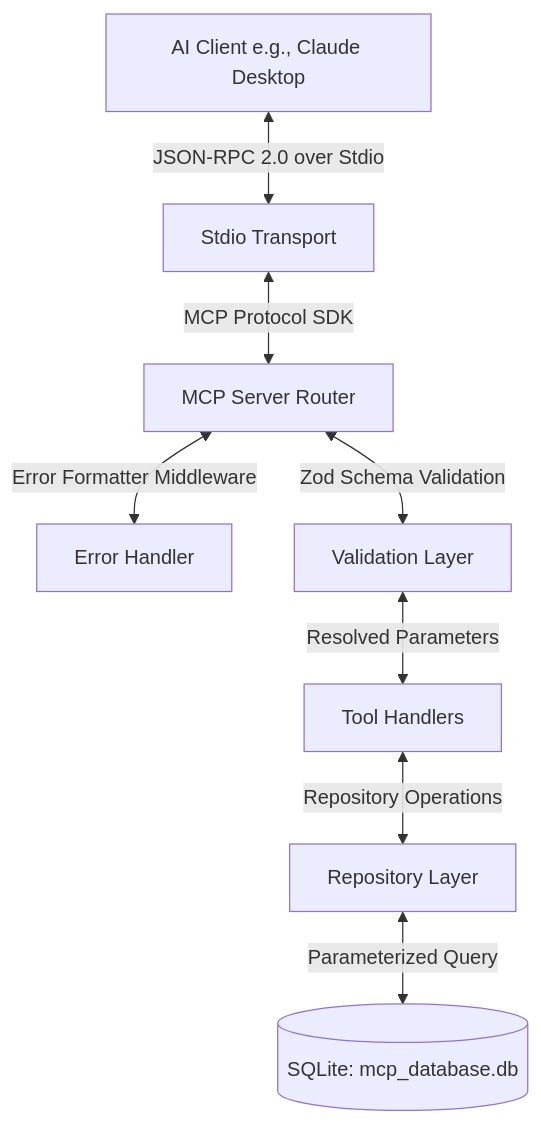
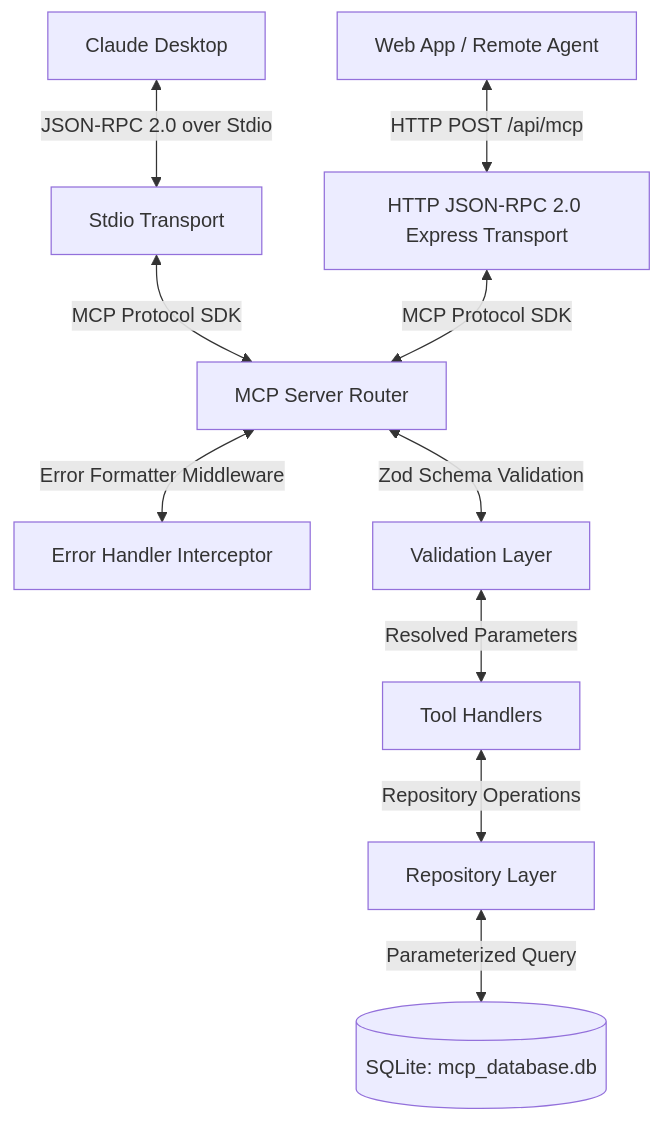
The diagram in README.md (aj-jhaveri/mcp-sqlite-bridge), drawn with Mermaid before and after one commit. The commit also changed other lines of this file and 3 other files, not shown here.

Commit message:
feat: add Express HTTP transport for JSON-RPC 2.0 remote MCP protocol requests & update docs

````diff
--- a/README.md
+++ b/README.md
@@ -25,10 +27,14 @@
 ```mermaid
 graph TD
-    Client[AI Client e.g., Claude Desktop] <-->|JSON-RPC 2.0 over Stdio| Transport[Stdio Transport]
-    Transport <-->|MCP Protocol SDK| Server[MCP Server Router]
-    Server <-->|Error Formatter Middleware| Middleware[Error Handler]
+    Client1[Claude Desktop] <-->|JSON-RPC 2.0 over Stdio| StdioTransport[Stdio Transport]
+    Client2[Web App / Remote Agent] <-->|HTTP POST /api/mcp| HttpTransport[HTTP JSON-RPC 2.0 Express Transport]
+    
+    StdioTransport <-->|MCP Protocol SDK| Server[MCP Server Router]
+    HttpTransport <-->|MCP Protocol SDK| Server
+    
+    Server <-->|Error Formatter Middleware| Middleware[Error Handler Interceptor]
     Server <-->|Zod Schema Validation| Schemas[Validation Layer]
     Schemas <-->|Resolved Parameters| Handlers[Tool Handlers]
     Handlers <-->|Repository Operations| Repository[Repository Layer]
     Repository <-->|Parameterized Query| Database[(SQLite: mcp_database.db)]
 ```
````
